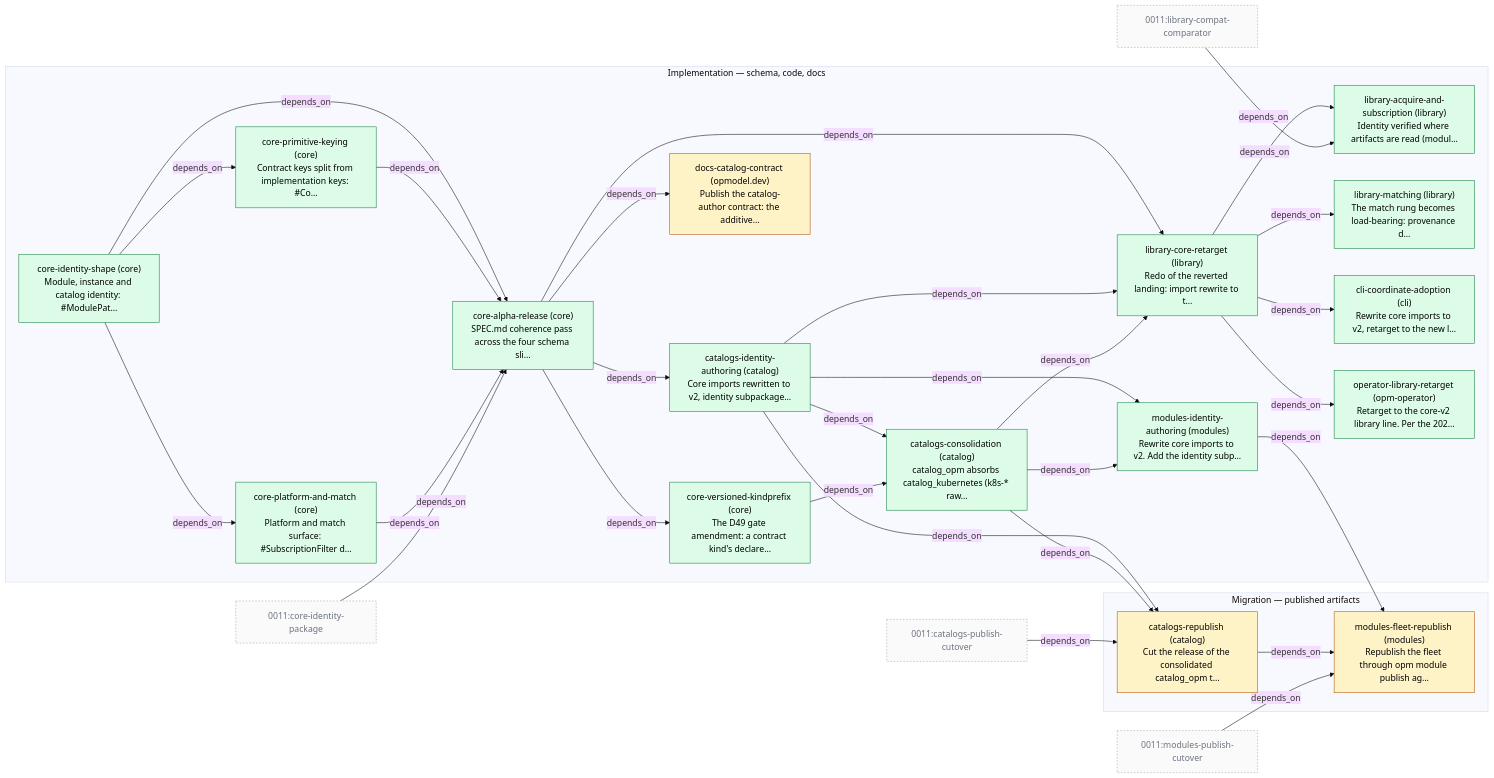
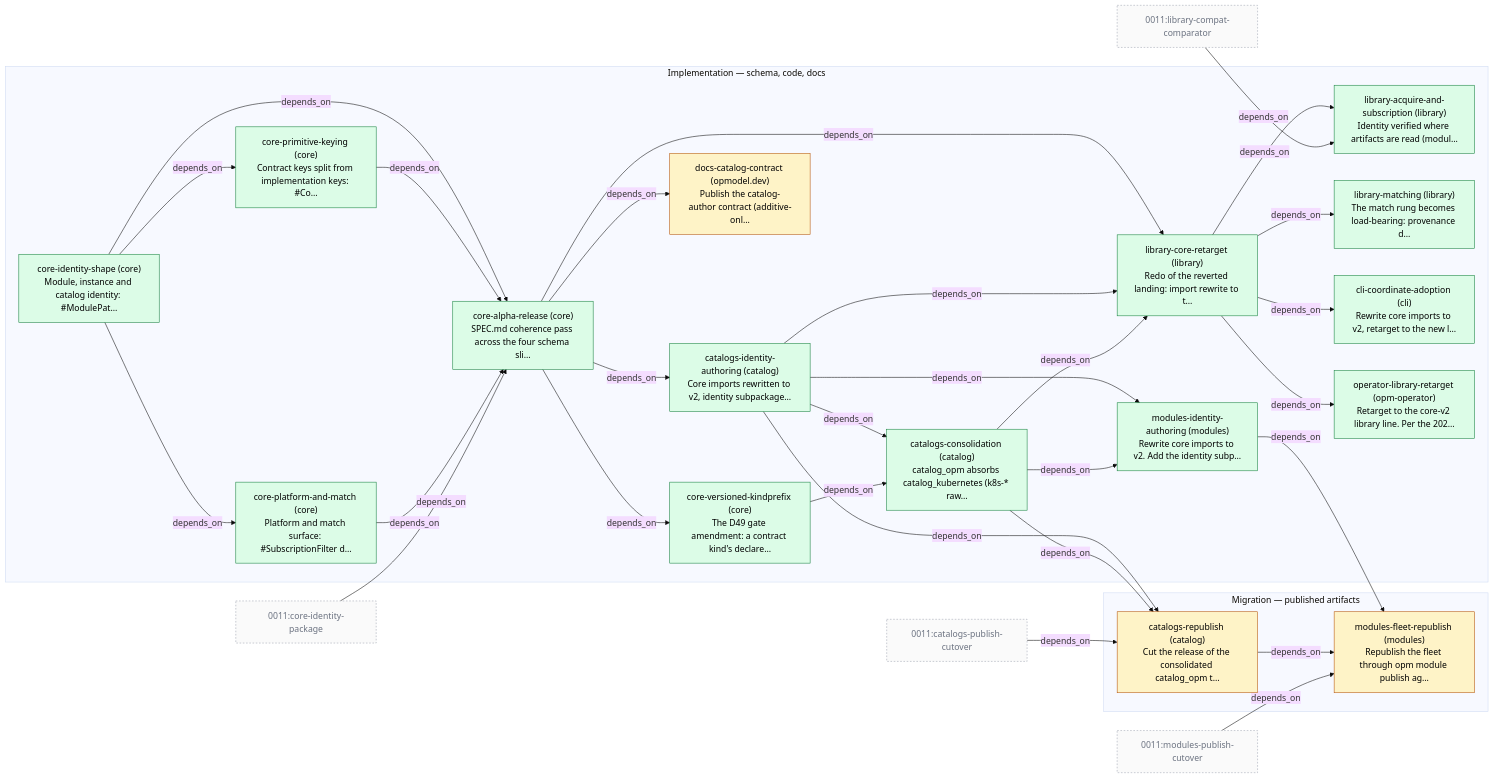
Before and after one commit to open-platform-model/enhancements: the diagram in 0010/PLAN.md, drawn with Mermaid (base theme). The commit also changed other lines of this file and 1 other file, not shown here.

````diff
--- a/0010/PLAN.md
+++ b/0010/PLAN.md
@@ -5,61 +5,61 @@
 ```mermaid
 graph LR
   classDef planned     fill:#fef3c7,stroke:#b45309,color:#000
   classDef in_progress fill:#dbeafe,stroke:#1d4ed8,color:#000
   classDef done        fill:#dcfce7,stroke:#15803d,color:#000
   classDef cancelled   fill:#e5e7eb,stroke:#6b7280,color:#6b7280
   classDef other       fill:#fafafa,stroke:#9ca3af,color:#6b7280,stroke-dasharray:3 3
 
   subgraph PHASE_IMPL["Implementation — schema, code, docs"]
     S_core-identity-shape["core-identity-shape (core)\nModule, instance and catalog identity: #ModulePat…"]:::done
     S_core-primitive-keying["core-primitive-keying (core)\nContract keys split from implementation keys: #Co…"]:::done
     S_core-platform-and-match["core-platform-and-match (core)\nPlatform and match surface: #SubscriptionFilter d…"]:::done
     S_core-alpha-release["core-alpha-release (core)\nSPEC.md coherence pass across the four schema sli…"]:::done
     S_core-versioned-kindprefix["core-versioned-kindprefix (core)\nThe D49 gate amendment: a contract kind's declare…"]:::done
     S_library-core-retarget["library-core-retarget (library)\nRedo of the reverted landing: import rewrite to t…"]:::done
     S_library-acquire-and-subscription["library-acquire-and-subscription (library)\nIdentity verified where artifacts are read (modul…"]:::done
     S_library-matching["library-matching (library)\nThe match rung becomes load-bearing: provenance d…"]:::done
-    S_docs-catalog-contract["docs-catalog-contract (opmodel.dev)\nPublish the catalog-author contract: the additive…"]:::planned
+    S_docs-catalog-contract["docs-catalog-contract (opmodel.dev)\nPublish the catalog-author contract (additive-onl…"]:::planned
     S_cli-coordinate-adoption["cli-coordinate-adoption (cli)\nRewrite core imports to v2, retarget to the new l…"]:::done
     S_operator-library-retarget["operator-library-retarget (opm-operator)\nRetarget to the core-v2 library line. Per the 202…"]:::done
     S_catalogs-identity-authoring["catalogs-identity-authoring (catalog)\nCore imports rewritten to v2, identity subpackage…"]:::done
     S_catalogs-consolidation["catalogs-consolidation (catalog)\ncatalog_opm absorbs catalog_kubernetes (k8s-* raw…"]:::done
     S_modules-identity-authoring["modules-identity-authoring (modules)\nRewrite core imports to v2. Add the identity subp…"]:::done
   end
   subgraph PHASE_MIGR["Migration — published artifacts"]
     S_catalogs-republish["catalogs-republish (catalog)\nCut the release of the consolidated catalog_opm t…"]:::planned
     S_modules-fleet-republish["modules-fleet-republish (modules)\nRepublish the fleet through opm module publish ag…"]:::planned
   end
 
   S_core-identity-shape -->|depends_on| S_core-primitive-keying
   S_core-identity-shape -->|depends_on| S_core-platform-and-match
   S_core-identity-shape -->|depends_on| S_core-alpha-release
   S_core-primitive-keying -->|depends_on| S_core-alpha-release
   S_core-platform-and-match -->|depends_on| S_core-alpha-release
   X_0011_core-identity-package["0011:core-identity-package"]:::other
   X_0011_core-identity-package -->|depends_on| S_core-alpha-release
   S_core-alpha-release -->|depends_on| S_core-versioned-kindprefix
   S_core-alpha-release -->|depends_on| S_library-core-retarget
   S_catalogs-identity-authoring -->|depends_on| S_library-core-retarget
   S_catalogs-consolidation -->|depends_on| S_library-core-retarget
   S_library-core-retarget -->|depends_on| S_library-acquire-and-subscription
   X_0011_library-compat-comparator["0011:library-compat-comparator"]:::other
   X_0011_library-compat-comparator -->|depends_on| S_library-acquire-and-subscription
   S_library-core-retarget -->|depends_on| S_library-matching
   S_core-alpha-release -->|depends_on| S_docs-catalog-contract
   S_library-core-retarget -->|depends_on| S_cli-coordinate-adoption
   S_library-core-retarget -->|depends_on| S_operator-library-retarget
   S_core-alpha-release -->|depends_on| S_catalogs-identity-authoring
   S_catalogs-identity-authoring -->|depends_on| S_catalogs-consolidation
   S_core-versioned-kindprefix -->|depends_on| S_catalogs-consolidation
   S_catalogs-identity-authoring -->|depends_on| S_modules-identity-authoring
   S_catalogs-consolidation -->|depends_on| S_modules-identity-authoring
   S_catalogs-identity-authoring -->|depends_on| S_catalogs-republish
   S_catalogs-consolidation -->|depends_on| S_catalogs-republish
   X_0011_catalogs-publish-cutover["0011:catalogs-publish-cutover"]:::other
   X_0011_catalogs-publish-cutover -->|depends_on| S_catalogs-republish
   S_catalogs-republish -->|depends_on| S_modules-fleet-republish
   S_modules-identity-authoring -->|depends_on| S_modules-fleet-republish
   X_0011_modules-publish-cutover["0011:modules-publish-cutover"]:::other
   X_0011_modules-publish-cutover -->|depends_on| S_modules-fleet-republish
 ```
````
